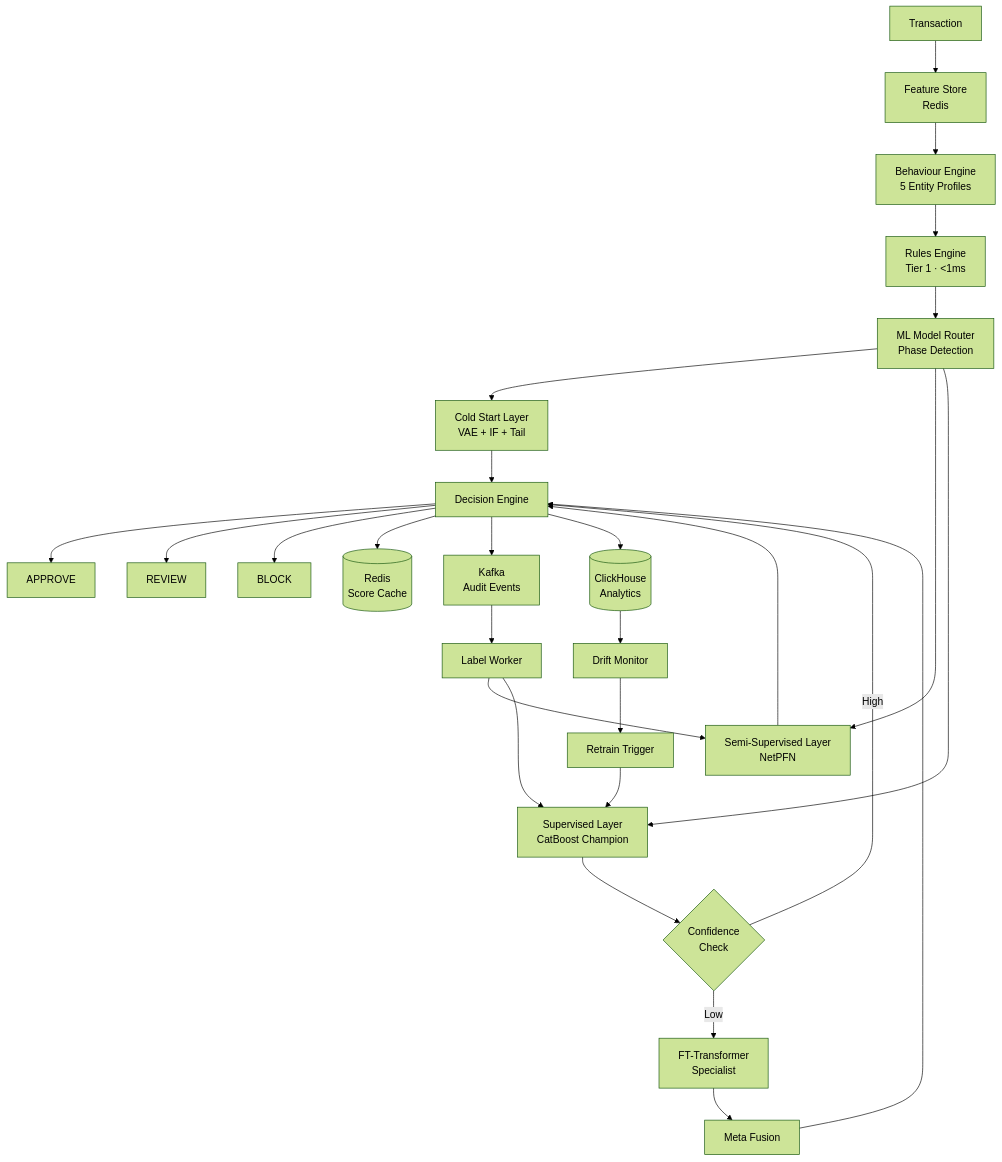
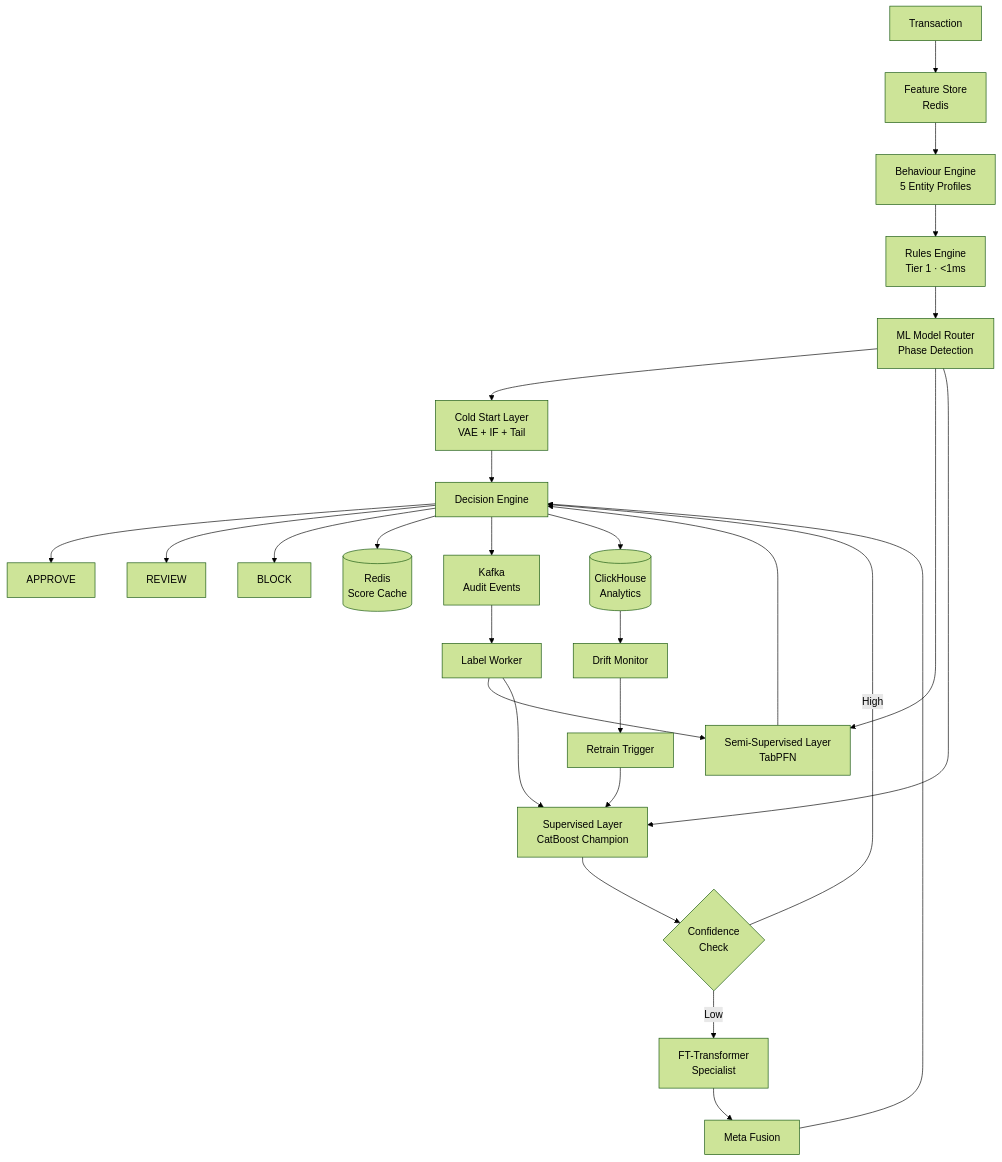
Before and after one commit to Tadeni00/RiskLens: the first of 2 diagrams in README.md, drawn with Mermaid (forest theme). The commit also changed other lines of this file and 16 other files, not shown here.

First line of the commit message:
fix: replace incorrect ProtoNet implementation with official TabPFN

````diff
--- a/README.md
+++ b/README.md
@@ -67,36 +67,36 @@
 ```mermaid
 graph TD
     TXN[Transaction] --> FE[Feature Store<br/>Redis]
     FE --> BE[Behaviour Engine<br/>5 Entity Profiles]
     BE --> RE[Rules Engine<br/>Tier 1 · &lt;1ms]
     RE --> MR[ML Model Router<br/>Phase Detection]
     
     MR --> CS[Cold Start Layer<br/>VAE + IF + Tail]
-    MR --> SS[Semi-Supervised Layer<br/>NetPFN]
+    MR --> SS[Semi-Supervised Layer<br/>TabPFN]
     MR --> SV[Supervised Layer<br/>CatBoost Champion]
     
     SV --> CE{Confidence<br/>Check}
     CE -->|High| DEC[Decision Engine]
     CE -->|Low| FT[FT-Transformer<br/>Specialist]
     FT --> MF[Meta Fusion]
     MF --> DEC
     
     CS --> DEC
     SS --> DEC
     
     DEC --> APPROVE[APPROVE]
     DEC --> REVIEW[REVIEW]
     DEC --> BLOCK[BLOCK]
     
     DEC --> REDIS[(Redis<br/>Score Cache)]
     DEC --> KAFKA[Kafka<br/>Audit Events]
     DEC --> CH[(ClickHouse<br/>Analytics)]
     
     KAFKA --> LABELS[Label Worker]
     LABELS --> SS
     LABELS --> SV
     
     CH --> DRIFT[Drift Monitor]
     DRIFT --> RETRAIN[Retrain Trigger]
     RETRAIN --> SV
 ```
````
